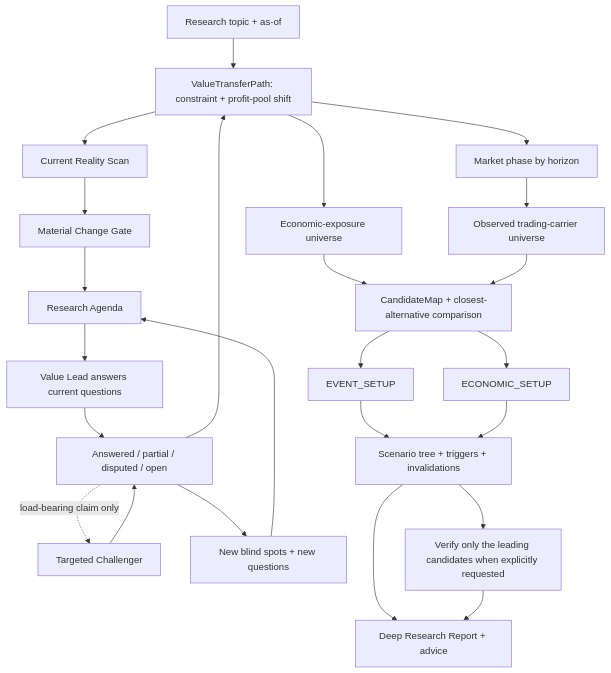
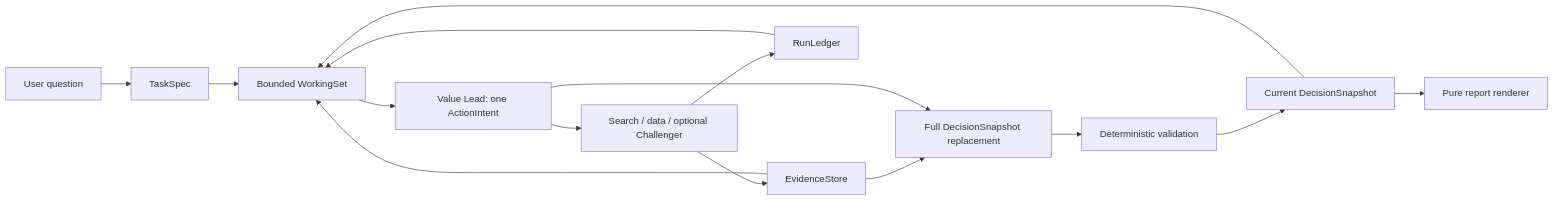
The diagram in docs/architecture.md (Thhoho/trade-nothing), drawn with Mermaid before and after one commit. The commit also changed other lines of this file and 44 other files, not shown here.

````diff
--- a/docs/architecture.md
+++ b/docs/architecture.md
@@ -51,26 +36,17 @@
 ```mermaid
-flowchart TD
-    U["Research topic + as-of"] --> P["Primary entities"]
-    P --> T["Current Reality Scan"]
-    T --> G["Material Change Gate"]
-    G --> A["Research Agenda"]
-    A --> R["Value Lead answers current questions"]
-    R --> Q["Answered / partial / disputed / open"]
-    Q -. "load-bearing claim only" .-> H["Targeted Challenger"]
-    H --> Q
-    Q --> X["New blind spots + new questions"]
-    X --> A
-    Q --> P["ValueTransferPath: constraint + profit-pool shift"]
-    P --> M["Market phase by horizon"]
-    P --> E1["Economic-exposure universe"]
-    M --> E2["Observed trading-carrier universe"]
-    E1 --> C["CandidateMap + closest-alternative comparison"]
-    E2 --> C
-    C --> E["EVENT_SETUP"]
-    C --> N["ECONOMIC_SETUP"]
-    E --> S["Scenario tree + triggers + invalidations"]
-    N --> S
-    S --> V["Verify only the leading candidates when explicitly requested"]
-    S --> B["Deep Research Report + advice"]
-    V --> B
+flowchart LR
+    U["User question"] --> T["TaskSpec"]
+    T --> W["Bounded WorkingSet"]
+    E["EvidenceStore"] --> W
+    D["Current DecisionSnapshot"] --> W
+    L["RunLedger"] --> W
+    W --> A["Value Lead: one ActionIntent"]
+    A --> X["Search / data / optional Challenger"]
+    X --> E
+    X --> L
+    E --> N["Full DecisionSnapshot replacement"]
+    A --> N
+    N --> V["Deterministic validation"]
+    V --> D
+    D --> R["Pure report renderer"]
 ```
````
